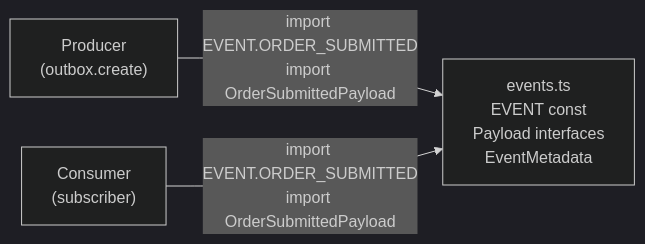
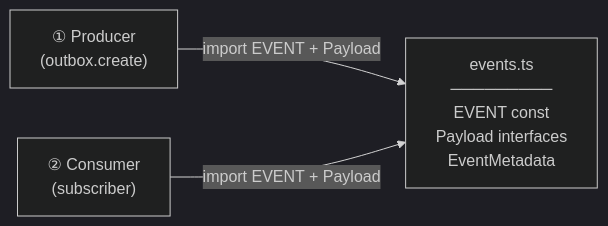
One commit to ndmthuan97/ERP-Prototype-Example changed the eighth of 11 diagrams in docs/architecture/system-overview.md. Above: the diagram before and after it, drawn with Mermaid (dark theme). The commit also changed other lines of this file, not shown here.

Commit message:
docs: add system overview documentation including architecture, tech stack, and service communication flows

````diff
--- a/docs/architecture/system-overview.md
+++ b/docs/architecture/system-overview.md
@@ -415,10 +413,10 @@
 ```mermaid
 flowchart LR
-    EVT["events.ts\nEVENT const\nPayload interfaces\nEventMetadata"]
+    EVT["events.ts\n─────────\nEVENT const\nPayload interfaces\nEventMetadata"]
 
-    PUB["Producer\n(outbox.create)"]
-    SUB["Consumer\n(subscriber)"]
+    PUB["① Producer\n(outbox.create)"]
+    SUB["② Consumer\n(subscriber)"]
 
-    PUB -- "import EVENT.ORDER_SUBMITTED\nimport OrderSubmittedPayload" --> EVT
-    SUB -- "import EVENT.ORDER_SUBMITTED\nimport OrderSubmittedPayload" --> EVT
+    PUB -- "import EVENT + Payload" --> EVT
+    SUB -- "import EVENT + Payload" --> EVT
 ```
````
